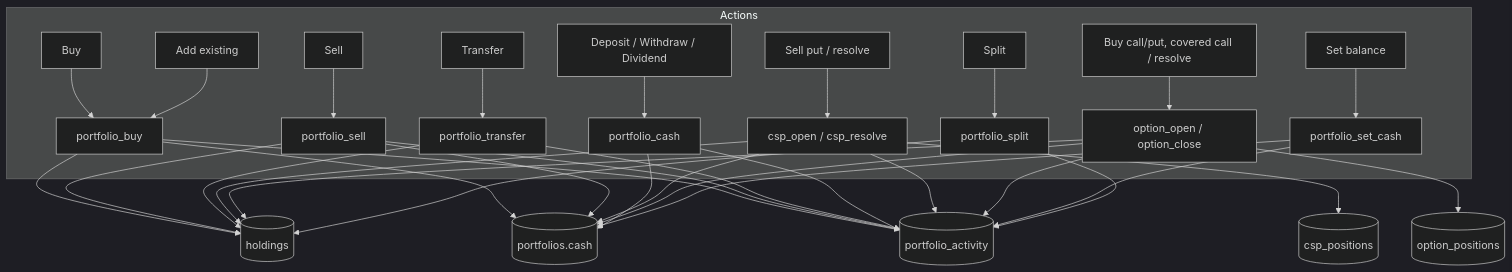
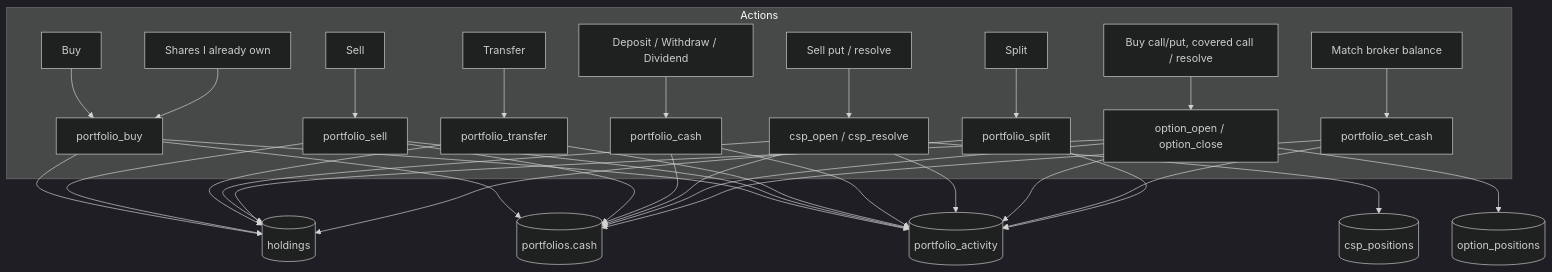
One commit to northcrosstech/Trading-Journal changed the fifth of 8 diagrams in docs/DATA_FLOWS.md. Above: the diagram before and after it, drawn with Mermaid (dark theme). The commit also changed other lines of this file and 2 other files, not shown here.

Commit message:
docs: architecture, data flows and dictionary match the new pages, links, paging, partial closes and security changes

````diff
--- a/docs/DATA_FLOWS.md
+++ b/docs/DATA_FLOWS.md
@@ -131,19 +133,19 @@
 ```mermaid
 flowchart TB
     subgraph Actions
       buy[Buy] --> f1[portfolio_buy]
-      ex[Add existing] --> f1
+      ex[Shares I already own] --> f1
       sell[Sell] --> f2[portfolio_sell]
       tr[Transfer] --> f3[portfolio_transfer]
       cash[Deposit / Withdraw / Dividend] --> f4[portfolio_cash]
       csp[Sell put / resolve] --> f5[csp_open / csp_resolve]
       opt[Buy call/put, covered call / resolve] --> f6[option_open / option_close]
-      bal[Set balance] --> f7[portfolio_set_cash]
+      bal[Match broker balance] --> f7[portfolio_set_cash]
       spl[Split] --> f8[portfolio_split]
     end
     f1 & f2 & f3 & f5 & f6 & f8 --> H[(holdings)]
     f1 & f2 & f4 & f5 & f6 & f7 --> P[(portfolios.cash)]
     f1 & f2 & f3 & f4 & f5 & f6 & f7 & f8 --> L[(portfolio_activity)]
     f5 --> C[(csp_positions)]
     f6 --> O[(option_positions)]
 ```
````
